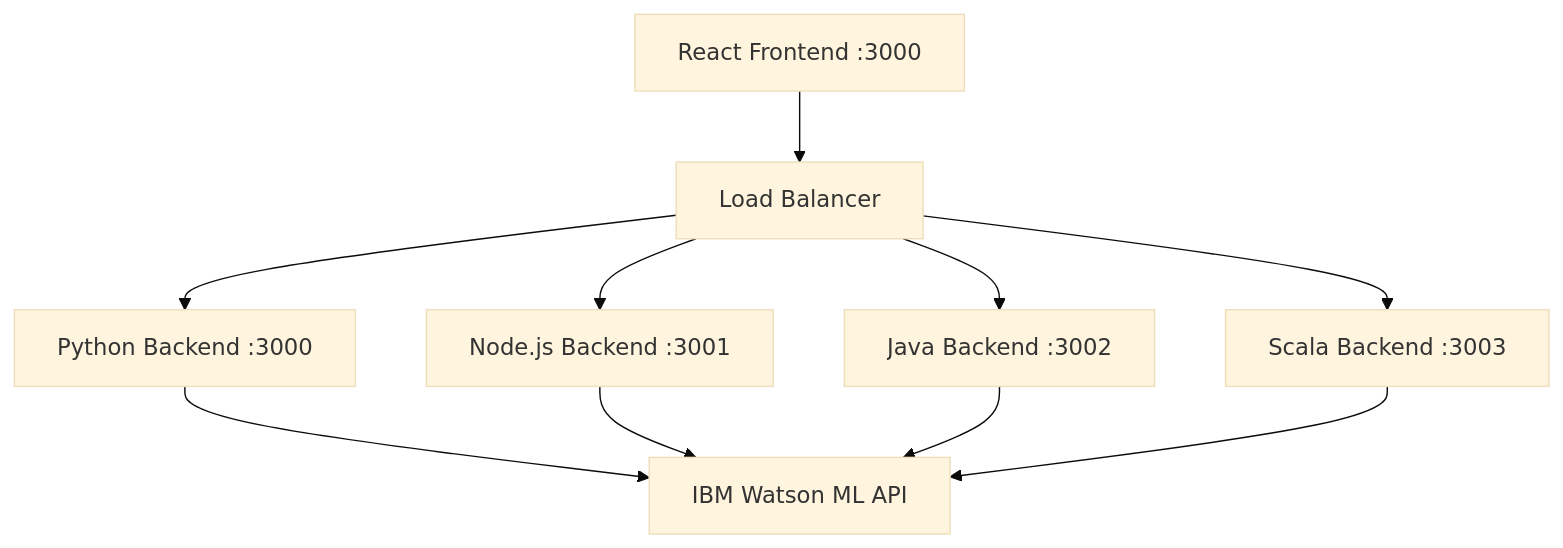
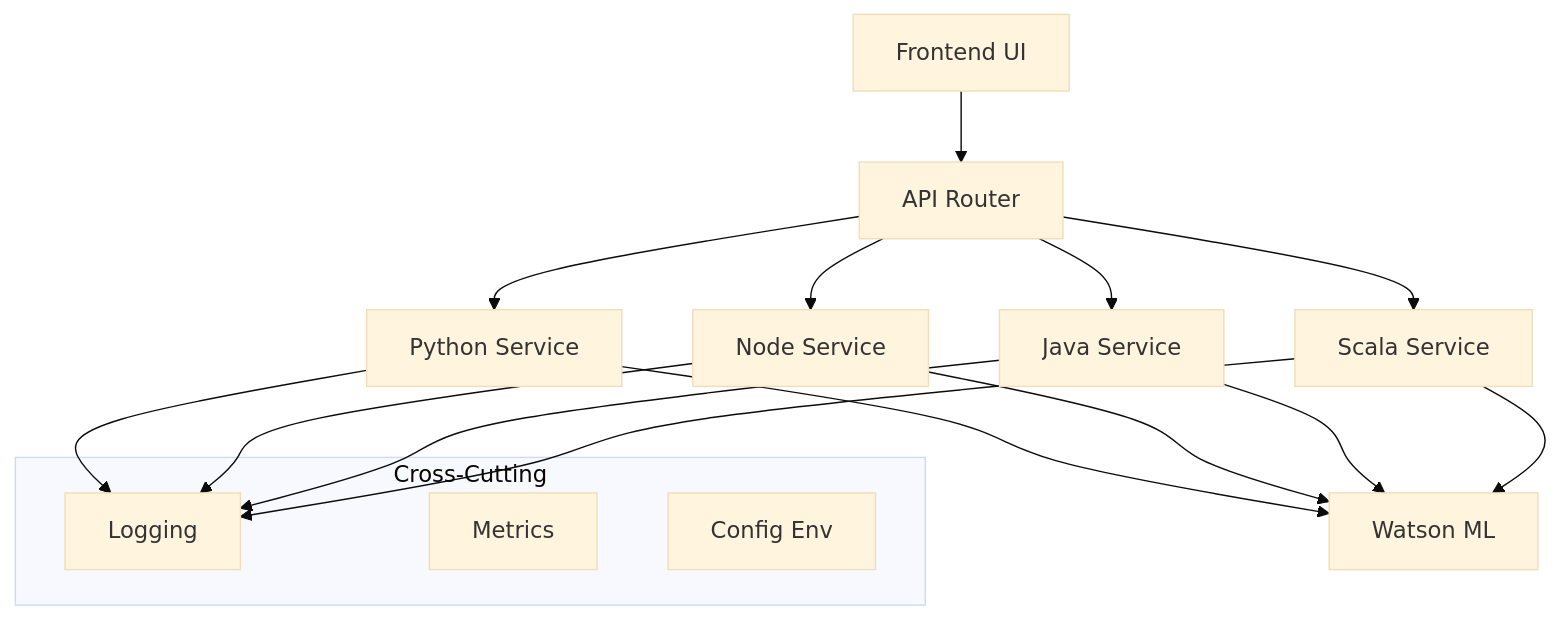
Before and after one commit to MasterJi27/IBM-Cloud-Project: the third of 3 diagrams in README.md, drawn with Mermaid (base theme). The commit also changed other lines of this file, not shown here.

````diff
--- a/README.md
+++ b/README.md
@@ -61,12 +83,21 @@
 ```mermaid
-graph TB
-    A[React Frontend :3000] --> B[Load Balancer]
-    B --> C[Python Backend :3000]
-    B --> D[Node.js Backend :3001]
-    B --> E[Java Backend :3002]
-    B --> F[Scala Backend :3003]
-    C --> G[IBM Watson ML API]
+graph TD
+    A[Frontend UI] --> B[API Router]
+    B --> C[Python Service]
+    B --> D[Node Service]
+    B --> E[Java Service]
+    B --> F[Scala Service]
+    C --> G[Watson ML]
     D --> G
     E --> G
     F --> G
+    subgraph Cross-Cutting
+       L[Logging]
+       M[Metrics]
+       V[Config Env]
+    end
+    C --> L
+    D --> L
+    E --> L
+    F --> L
 ```
````
